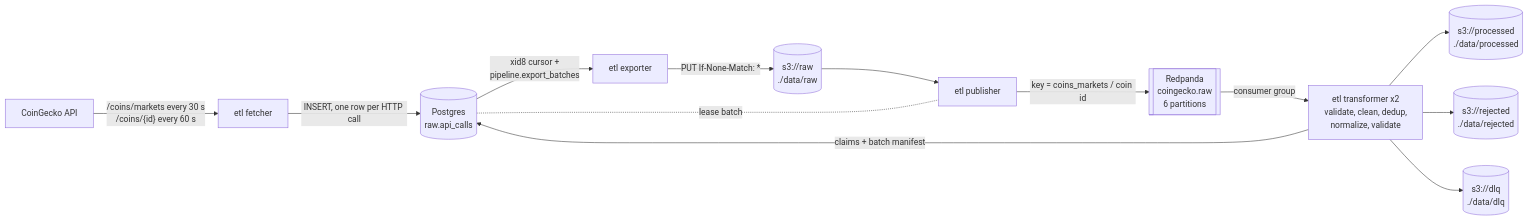
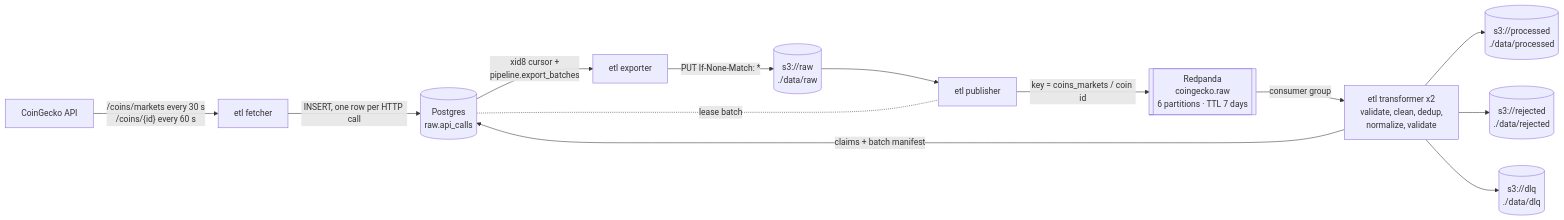
Before and after one commit to earlyr1/coingecko-etl: the diagram in README.md, drawn with Mermaid. The commit also changed 3 other files, not shown here.

````diff
--- a/README.md
+++ b/README.md
@@ -28,15 +28,15 @@
 ```mermaid
 flowchart LR
     CG[CoinGecko API] -->|"/coins/markets every 30 s<br/>/coins/{id} every 60 s"| F[etl fetcher]
     F -->|"INSERT, one row per HTTP call"| PG[("Postgres<br/>raw.api_calls")]
     PG -->|"xid8 cursor +<br/>pipeline.export_batches"| E[etl exporter]
     E -->|"PUT If-None-Match: *"| RAW[("s3://raw<br/>./data/raw")]
     RAW --> P[etl publisher]
     PG -. "lease batch" .- P
-    P -->|"key = coins_markets / coin id"| K[["Redpanda<br/>coingecko.raw<br/>6 partitions"]]
+    P -->|"key = coins_markets / coin id"| K[["Redpanda<br/>coingecko.raw<br/>6 partitions · TTL 7 days"]]
     K -->|consumer group| T["etl transformer x2<br/>validate, clean, dedup,<br/>normalize, validate"]
     T -->|claims + batch manifest| PG
     T --> PROC[("s3://processed<br/>./data/processed")]
     T --> REJ[("s3://rejected<br/>./data/rejected")]
     T --> DLQ[("s3://dlq<br/>./data/dlq")]
 ```
````
